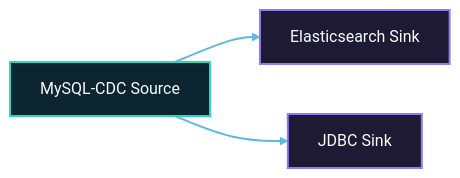
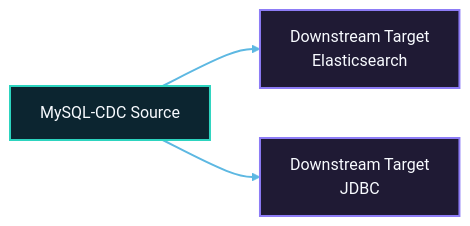
Before and after one commit to apache/seatunnel: the third of 4 diagrams in docs/en/architecture/engine/dag-execution.md, drawn with Mermaid. The commit also changed 1 other file, not shown here.

Commit message:
Polish multiple sink diagram alignment

````diff
--- a/docs/en/architecture/engine/dag-execution.md
+++ b/docs/en/architecture/engine/dag-execution.md
@@ -281,12 +281,12 @@
 ```mermaid
 flowchart LR
-    source["MySQL-CDC Source"] --> elastic["Elasticsearch Sink"]
-    source --> jdbc["JDBC Sink"]
+    source["MySQL-CDC Source"] --> elastic["Downstream Target<br/>Elasticsearch"]
+    source --> jdbc["Downstream Target<br/>JDBC"]
 
     classDef layerCyan fill:#0c2530,stroke:#2dd4bf,stroke-width:2px,color:#f8fbff;
     classDef layerPurple fill:#1f1a34,stroke:#8d7cf6,stroke-width:2px,color:#f8fbff;
 
     class source layerCyan;
     class elastic,jdbc layerPurple;
     linkStyle default stroke:#5db8e2,stroke-width:2px;
 ```
````
